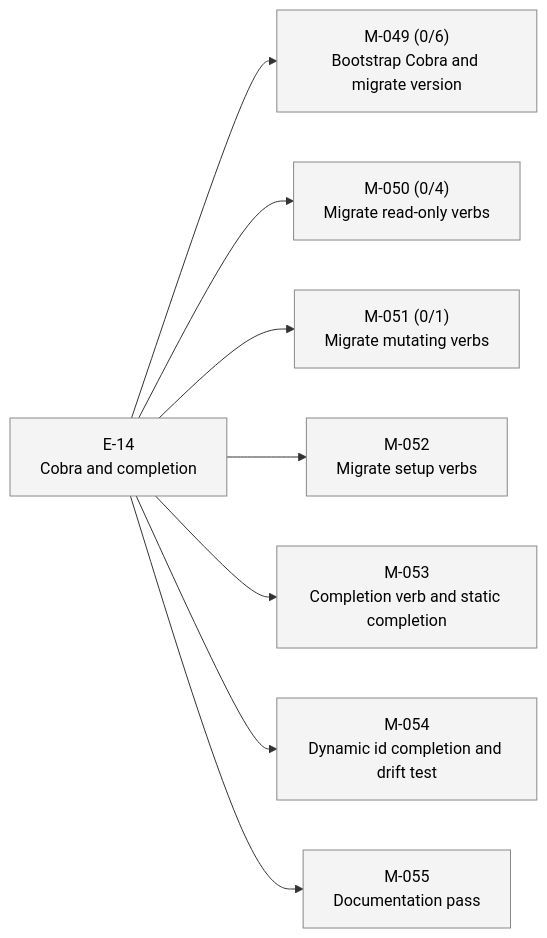
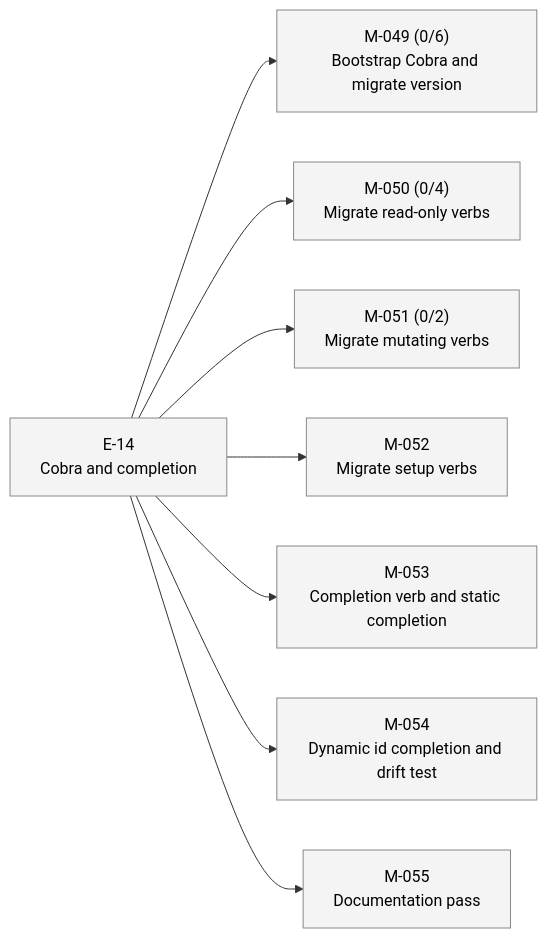
The second of 2 diagrams in STATUS.md (23min/aiwf), drawn with Mermaid before and after one commit. The commit also changed other lines of this file and 1 other file, not shown here.

First line of the commit message:
aiwf add ac M-051/AC-2 "Single-commit-per-verb invariant preserved for each mutating verb"

````diff
--- a/STATUS.md
+++ b/STATUS.md
@@ -38,24 +38,24 @@
 ```mermaid
 flowchart LR
   E_14["E-14<br/>Cobra and completion"]:::epic_proposed
   M_049["M-049 (0/6)<br/>Bootstrap Cobra and migrate version"]:::ms_draft
   E_14 --> M_049
   M_050["M-050 (0/4)<br/>Migrate read-only verbs"]:::ms_draft
   E_14 --> M_050
-  M_051["M-051 (0/1)<br/>Migrate mutating verbs"]:::ms_draft
+  M_051["M-051 (0/2)<br/>Migrate mutating verbs"]:::ms_draft
   E_14 --> M_051
   M_052["M-052<br/>Migrate setup verbs"]:::ms_draft
   E_14 --> M_052
   M_053["M-053<br/>Completion verb and static completion"]:::ms_draft
   E_14 --> M_053
   M_054["M-054<br/>Dynamic id completion and drift test"]:::ms_draft
   E_14 --> M_054
   M_055["M-055<br/>Documentation pass"]:::ms_draft
   E_14 --> M_055
   classDef epic_active fill:#d6eaff,stroke:#1a73e8,color:#000
   classDef epic_proposed fill:#f4f4f4,stroke:#888,color:#000
   classDef ms_done fill:#d8f5d8,stroke:#2a8a2a,color:#000
   classDef ms_in_progress fill:#fff3c4,stroke:#caa400,color:#000
   classDef ms_draft fill:#f4f4f4,stroke:#888,color:#000
   classDef ms_cancelled fill:#fbeaea,stroke:#c33,color:#000
 ```
````
